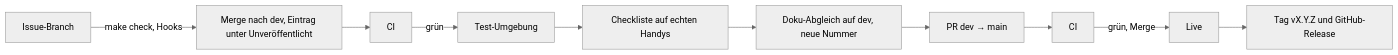
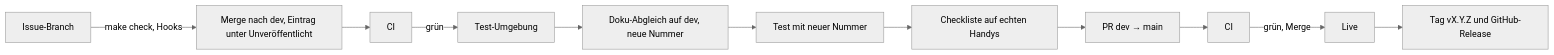
Before and after one commit to konstantinniedermann/tco-app: the diagram in docs/ci-cd-und-release.md, drawn with Mermaid (neutral theme). The commit also changed other lines of this file and 13 other files, not shown here.

First line of the commit message:
docs: Doku-Abgleich vor Release 0.24.0

````diff
--- a/docs/ci-cd-und-release.md
+++ b/docs/ci-cd-und-release.md
@@ -43,12 +44,13 @@
 ```mermaid
 flowchart LR
   B[Issue-Branch] -->|make check, Hooks| D[Merge nach dev, Eintrag unter Unveröffentlicht]
   D --> C1[CI]
   C1 -->|grün| T[Test-Umgebung]
-  T --> K[Checkliste auf echten Handys]
-  K --> A[Doku-Abgleich auf dev, neue Nummer]
-  A --> P[PR dev → main]
+  T --> A[Doku-Abgleich auf dev, neue Nummer]
+  A --> T2[Test mit neuer Nummer]
+  T2 --> K[Checkliste auf echten Handys]
+  K --> P[PR dev → main]
   P --> C2[CI]
   C2 -->|grün, Merge| L[Live]
   L --> V[Tag vX.Y.Z und GitHub-Release]
 ```
````
